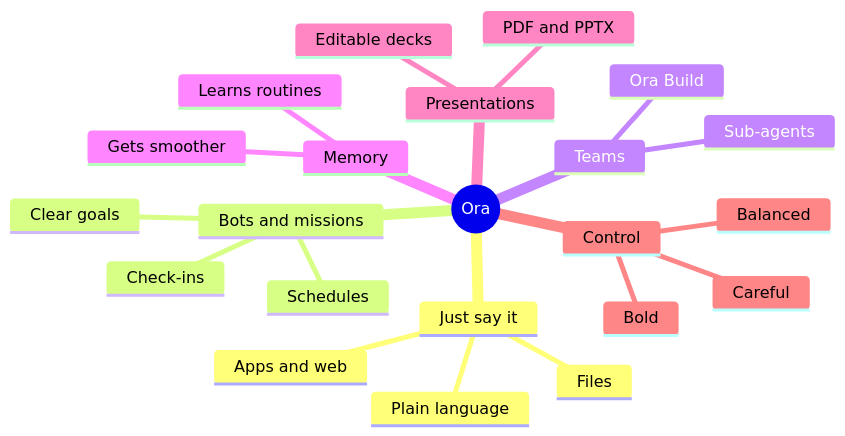
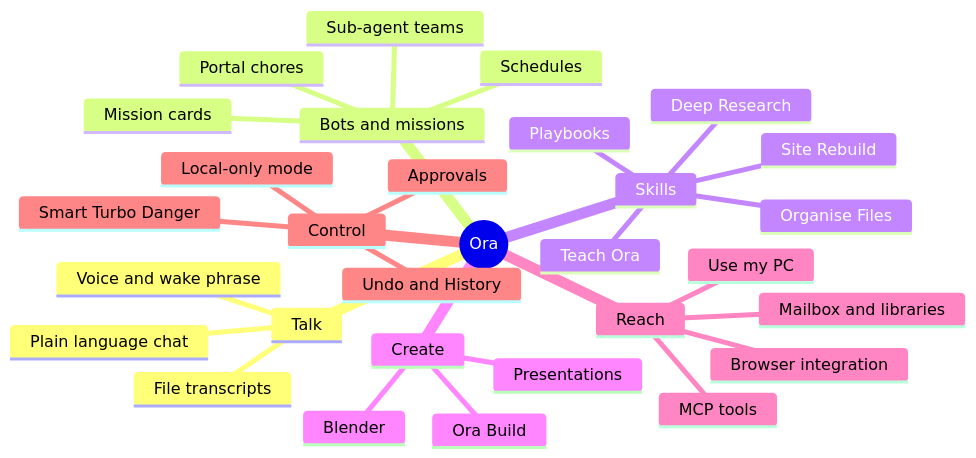
The second of 5 diagrams in README.md (Zenix-Developers/Ora-Showcase), drawn with Mermaid before and after one commit. The commit also changed other lines of this file and 1 other file, not shown here.

````diff
--- a/README.md
+++ b/README.md
@@ -44,25 +47,33 @@
 ```mermaid
 mindmap
   root((Ora))
-    Just say it
-      Plain language
-      Apps and web
-      Files
+    Talk
+      Plain language chat
+      Voice and wake phrase
+      File transcripts
     Bots and missions
-      Clear goals
+      Mission cards
       Schedules
-      Check-ins
-    Teams
-      Sub-agents
+      Sub-agent teams
+      Portal chores
+    Skills
+      Organise Files
+      Deep Research
+      Site Rebuild
+      Playbooks
+      Teach Ora
+    Create
       Ora Build
-    Memory
-      Learns routines
-      Gets smoother
-    Presentations
-      Editable decks
-      PDF and PPTX
+      Presentations
+      Blender
+    Reach
+      Use my PC
+      Browser integration
+      Mailbox and libraries
+      MCP tools
     Control
-      Careful
-      Balanced
-      Bold
+      Smart Turbo Danger
+      Approvals
+      Local-only mode
+      Undo and History
 ```
````
